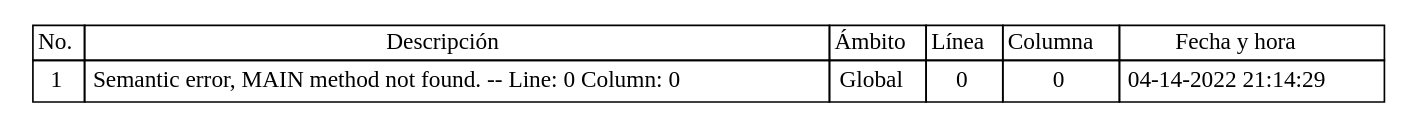
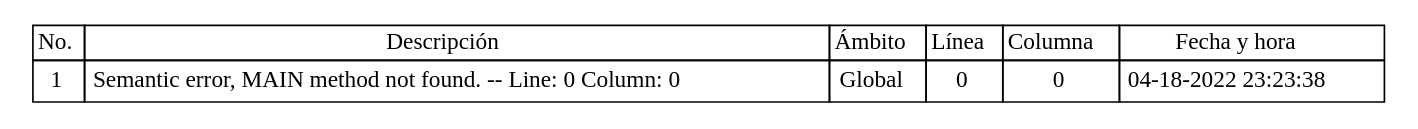
One commit to Jodyannre/COMPI2_proyecto2_2022 changed the diagram in Back/Web/tablas/tablaErrores.dot. Above: the diagram before and after it, drawn with Graphviz. The commit also changed 9 other files, not shown here.

```diff
--- a/Back/Web/tablas/tablaErrores.dot
+++ b/Back/Web/tablas/tablaErrores.dot
@@ -1,36 +1,36 @@
 
 	digraph {
 		tablaSimbolos [
 		  shape=plaintext
 		  label=<
 			<table border='0' cellborder='1' color='black' cellspacing='0'>
 			  <tr>
 				  <td>No.</td>
 				  <td>Descripción</td>
 				  <td>Ámbito</td>
 				  <td>Línea</td>
 				  <td>Columna</td>
 				  <td>Fecha y hora</td>
 			  </tr>
 	
 <tr>
 <td cellpadding='4'>
 1
 </td>
 <td cellpadding='4'>Semantic error, MAIN method not found. -- Line: 0 Column: 0
 </td>
 <td cellpadding='4'>Global
 </td>
 <td cellpadding='4'>0
 </td>
 <td cellpadding='4'>
 0
 </td>
 <td cellpadding='4'>
-04-14-2022 21:14:29
+04-18-2022 23:23:38
 </td>
 </tr>
 
 		</table>
 		>];
 	}
```
